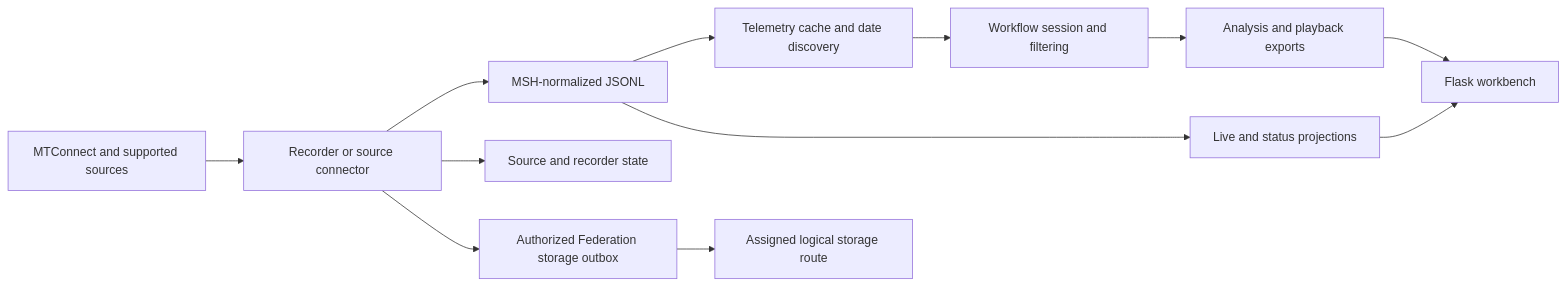
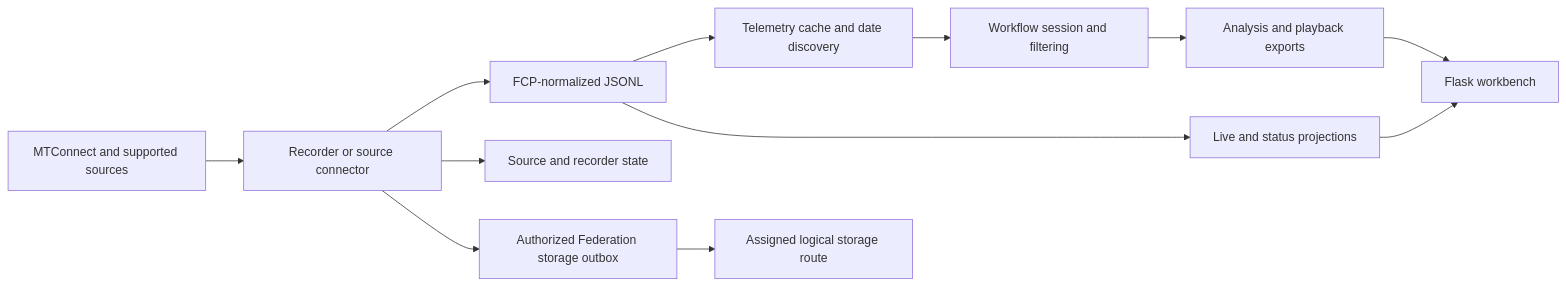
One commit to Nettking/msh changed the diagram in docs/architecture.md. Above: the diagram before and after it, drawn with Mermaid. The commit also changed other lines of this file and 410 other files, not shown here.

````diff
--- a/docs/architecture.md
+++ b/docs/architecture.md
@@ -145,14 +145,14 @@
 ```mermaid
 flowchart LR
     S[MTConnect and supported sources] --> R[Recorder or source connector]
-    R --> J[MSH-normalized JSONL]
+    R --> J[FCP-normalized JSONL]
     R --> W[Source and recorder state]
     J --> C[Telemetry cache and date discovery]
     C --> F[Workflow session and filtering]
     F --> A[Analysis and playback exports]
     J --> L[Live and status projections]
     A --> U[Flask workbench]
     L --> U
     R --> O[Authorized Federation storage outbox]
     O --> P[Assigned logical storage route]
 ```
````
